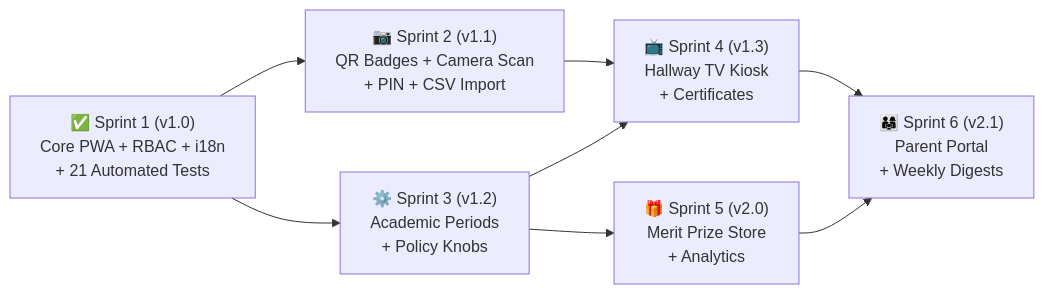
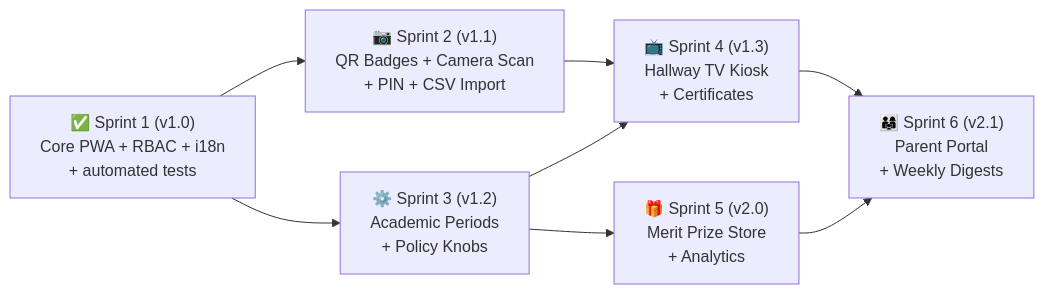
One commit to RajwanYair/SchoolMeritPoints changed the second of 2 diagrams in ROADMAP.md. Above: the diagram before and after it, drawn with Mermaid. The commit also changed other lines of this file and 4 other files, not shown here.

Commit message:
Release SchoolMeritPoints v1.0.0: Full PWA, Web Demo Engine, SVG/Mermaid docs & GitHub Pages

````diff
--- a/ROADMAP.md
+++ b/ROADMAP.md
@@ -72,10 +72,10 @@
 ```mermaid
 flowchart LR
-    S1["✅ Sprint 1 (v1.0)\nCore PWA + RBAC + i18n\n+ 21 Automated Tests"] --> S2["📷 Sprint 2 (v1.1)\nQR Badges + Camera Scan\n+ PIN + CSV Import"]
+    S1["✅ Sprint 1 (v1.0)\nCore PWA + RBAC + i18n\n+ automated tests"] --> S2["📷 Sprint 2 (v1.1)\nQR Badges + Camera Scan\n+ PIN + CSV Import"]
     S1 --> S3["⚙️ Sprint 3 (v1.2)\nAcademic Periods\n+ Policy Knobs"]
     S2 --> S4["📺 Sprint 4 (v1.3)\nHallway TV Kiosk\n+ Certificates"]
     S3 --> S4
     S3 --> S5["🎁 Sprint 5 (v2.0)\nMerit Prize Store\n+ Analytics"]
     S4 --> S6["👨‍👩‍👧 Sprint 6 (v2.1)\nParent Portal\n+ Weekly Digests"]
     S5 --> S6
 ```
````
